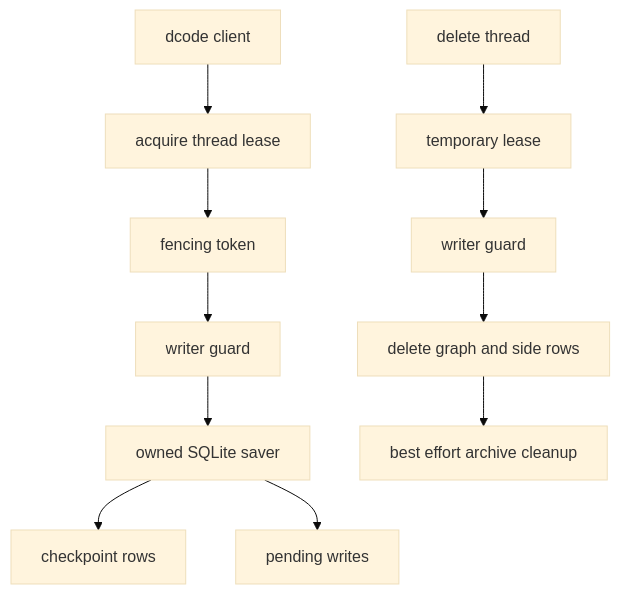
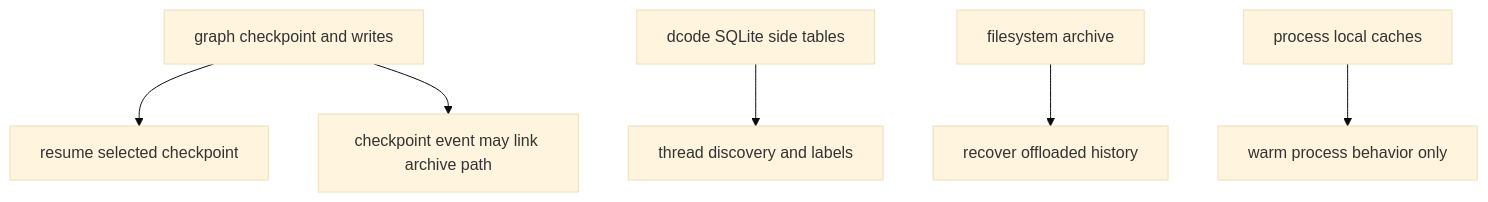
Before and after one commit to langchain-ai/deepagents: the first of 2 diagrams in openwiki/concepts/state-persistence.md, drawn with Mermaid (base theme). The commit also changed other lines of this file and 35 other files, not shown here.

````diff
--- a/openwiki/concepts/state-persistence.md
+++ b/openwiki/concepts/state-persistence.md
@@ -69,13 +70,8 @@
 ```mermaid
 flowchart TD
-    Client["dcode client"] --> Lease["acquire thread lease"]
-    Lease --> Token["fencing token"]
-    Token --> Gate["writer guard"]
-    Gate --> Saver["owned SQLite saver"]
-    Saver --> Checkpoints["checkpoint rows"]
-    Saver --> Writes["pending writes"]
-    Delete["delete thread"] --> DeleteLease["temporary lease"]
-    DeleteLease --> DeleteGate["writer guard"]
-    DeleteGate --> Rows["delete graph and side rows"]
-    Rows --> Cleanup["best effort archive cleanup"]
+    Graph["graph checkpoint and writes"] --> Resume["resume selected checkpoint"]
+    Side["dcode SQLite side tables"] --> Listing["thread discovery and labels"]
+    Archive["filesystem archive"] --> Recovery["recover offloaded history"]
+    Cache["process local caches"] --> Warm["warm process behavior only"]
+    Graph --> Link["checkpoint event may link archive path"]
 ```
````
